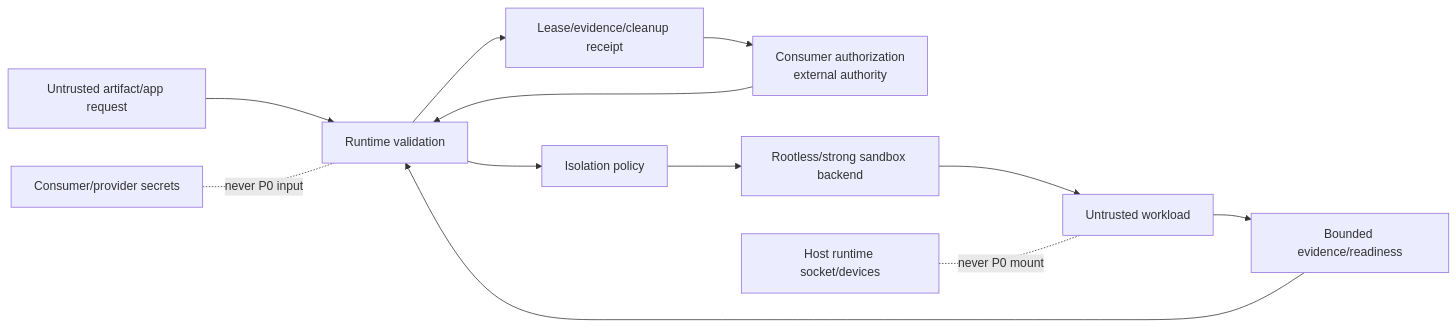
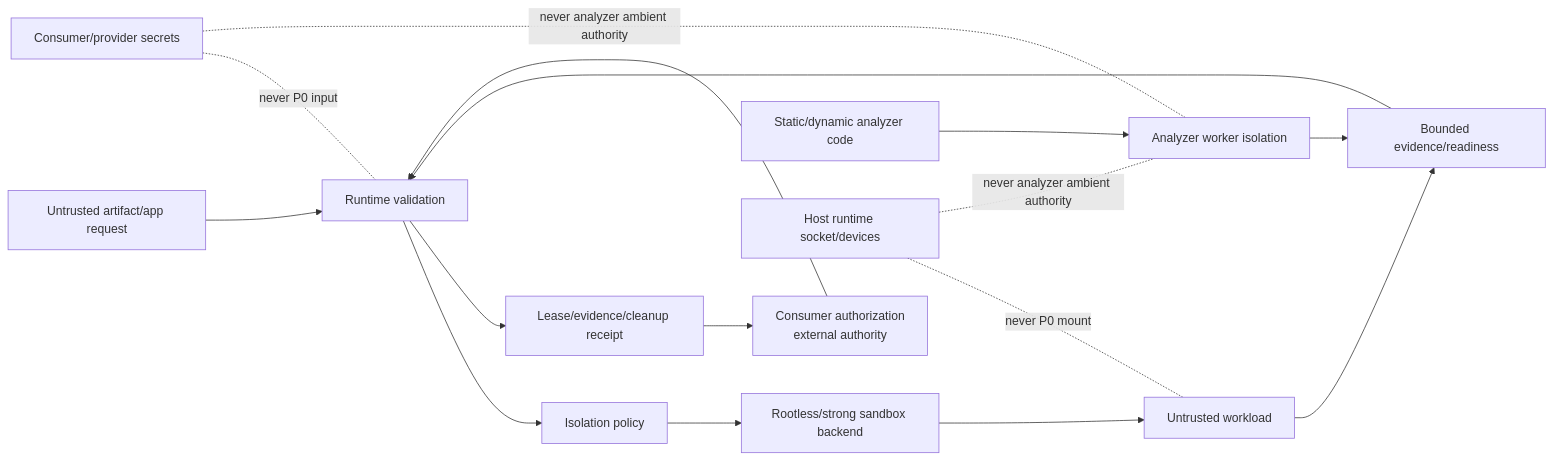
Before and after one commit to ContextualWisdomLab/quarantine-sandbox-runtime: the diagram in docs/THREAT_MODEL.md, drawn with Mermaid. The commit also changed other lines of this file, not shown here.

Commit message:
docs(threat): model analyzer host-capability escape

````diff
--- a/docs/THREAT_MODEL.md
+++ b/docs/THREAT_MODEL.md
@@ -27,15 +27,20 @@
 ```mermaid
 flowchart LR
     U[Untrusted artifact/app request] --> R[Runtime validation]
     C[Consumer authorization\nexternal authority] --> R
     R --> P[Isolation policy]
     P --> B[Rootless/strong sandbox backend]
     B --> W[Untrusted workload]
     W --> E[Bounded evidence/readiness]
     E --> R
     R --> O[Lease/evidence/cleanup receipt]
     O --> C
 
+    A[Static/dynamic analyzer code] --> AB[Analyzer worker isolation]
+    AB --> E
+
     S[Consumer/provider secrets] -. never P0 input .- R
+    S -. never analyzer ambient authority .- AB
     H[Host runtime socket/devices] -. never P0 mount .- W
+    H -. never analyzer ambient authority .- AB
 ```
````
